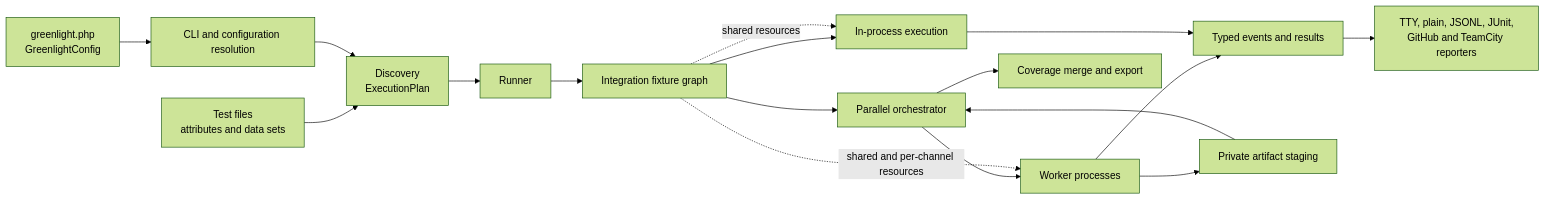
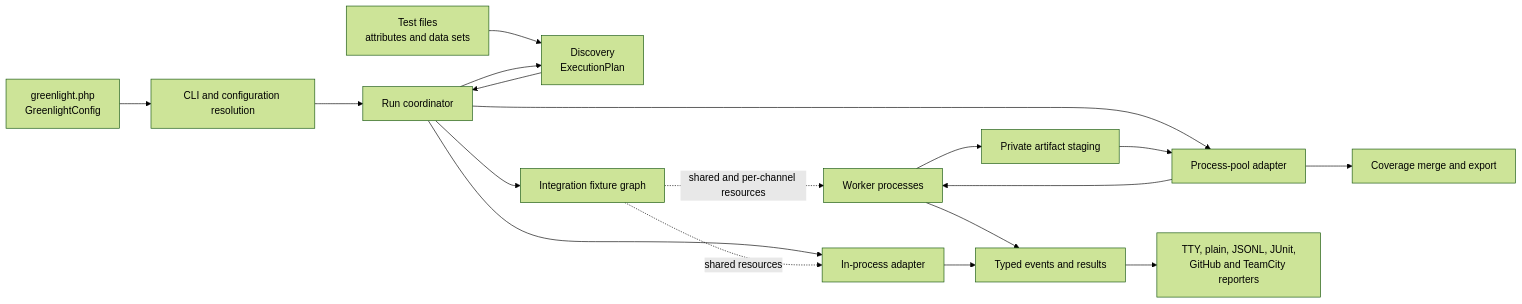
The diagram in docs/architecture/README.md (ben-challis/greenlight), drawn with Mermaid (forest theme) before and after one commit. The commit also changed other lines of this file and 14 other files, not shown here.

Commit message:
refactor(runner): centralize run coordination

````diff
--- a/docs/architecture/README.md
+++ b/docs/architecture/README.md
@@ -12,19 +12,20 @@
 ```mermaid
 flowchart LR
     config["greenlight.php<br/>GreenlightConfig"] --> cli["CLI and configuration resolution"]
     tests["Test files<br/>attributes and data sets"] --> discovery["Discovery<br/>ExecutionPlan"]
-    cli --> discovery
-    discovery --> runner["Runner"]
-    runner --> fixtures["Integration fixture graph"]
-    fixtures --> inprocess["In-process execution"]
-    fixtures --> orchestrator["Parallel orchestrator"]
+    cli --> coordinator["Run coordinator"]
+    coordinator --> discovery
+    discovery --> coordinator
+    coordinator --> fixtures["Integration fixture graph"]
+    coordinator --> inprocess["In-process adapter"]
+    coordinator --> orchestrator["Process-pool adapter"]
     orchestrator --> workers["Worker processes"]
     fixtures -. "shared and per-channel resources" .-> workers
     fixtures -. "shared resources" .-> inprocess
     workers --> events["Typed events and results"]
     inprocess --> events
     events --> reporters["TTY, plain, JSONL, JUnit,<br/>GitHub and TeamCity reporters"]
     workers --> staging["Private artifact staging"]
     staging --> orchestrator
     orchestrator --> coverage["Coverage merge and export"]
 ```
````
